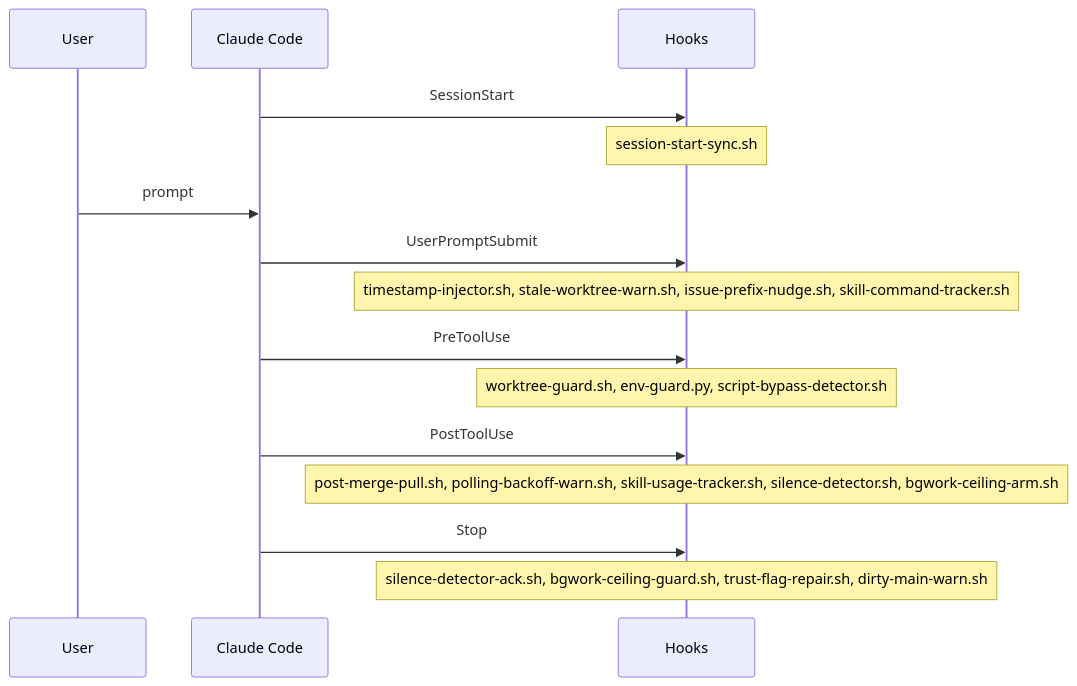
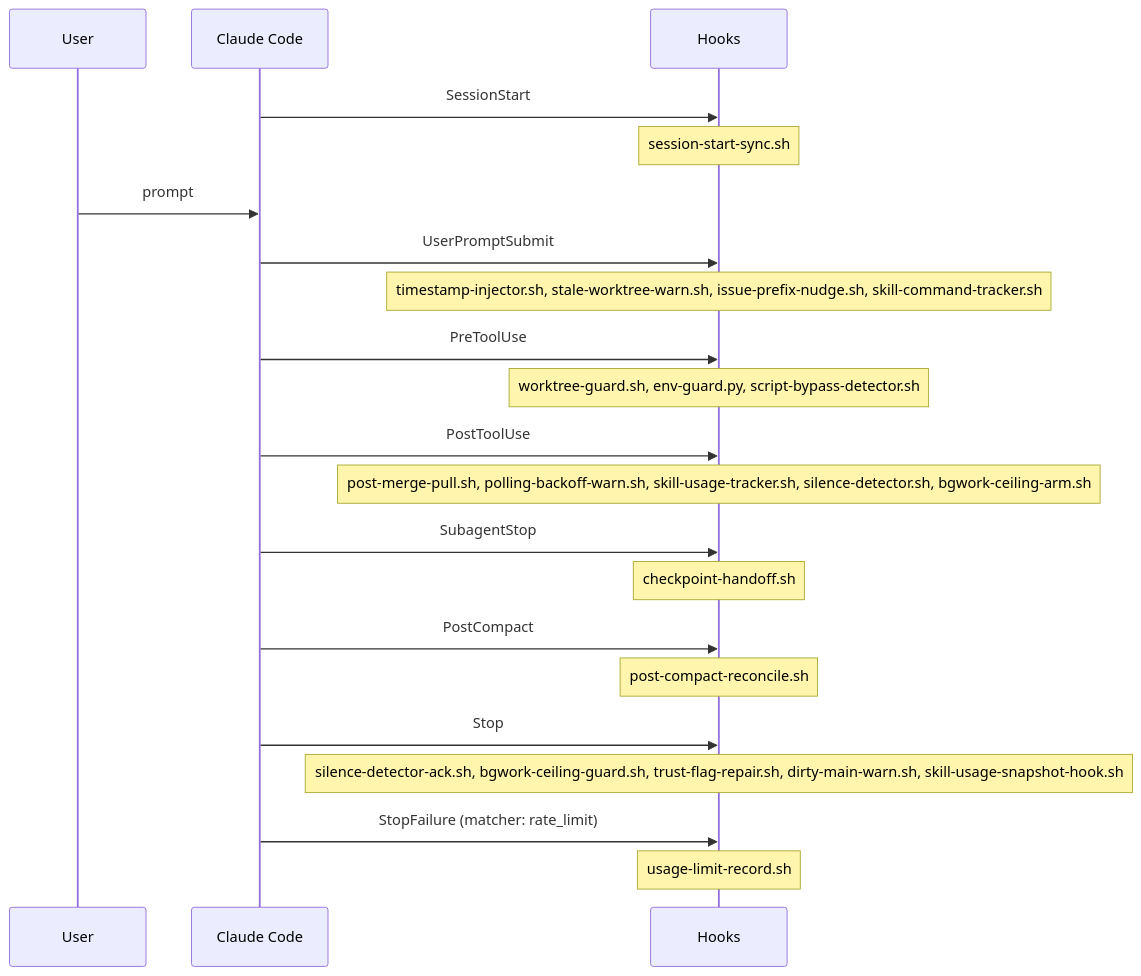
One commit to auerbachb/claude-code-config changed the diagram in .claude/reference/diagrams/hook-lifecycle.md. Above: the diagram before and after it, drawn with Mermaid. The commit also changed other lines of this file and 6 other files, not shown here.

````diff
--- a/.claude/reference/diagrams/hook-lifecycle.md
+++ b/.claude/reference/diagrams/hook-lifecycle.md
@@ -5,17 +3,23 @@
 ```mermaid
 sequenceDiagram
   participant U as User
   participant CC as Claude Code
   participant H as Hooks
   CC->>H: SessionStart
   Note over H: session-start-sync.sh
   U->>CC: prompt
   CC->>H: UserPromptSubmit
   Note over H: timestamp-injector.sh, stale-worktree-warn.sh, issue-prefix-nudge.sh, skill-command-tracker.sh
   CC->>H: PreToolUse
   Note over H: worktree-guard.sh, env-guard.py, script-bypass-detector.sh
   CC->>H: PostToolUse
   Note over H: post-merge-pull.sh, polling-backoff-warn.sh, skill-usage-tracker.sh, silence-detector.sh, bgwork-ceiling-arm.sh
+  CC->>H: SubagentStop
+  Note over H: checkpoint-handoff.sh
+  CC->>H: PostCompact
+  Note over H: post-compact-reconcile.sh
   CC->>H: Stop
-  Note over H: silence-detector-ack.sh, bgwork-ceiling-guard.sh, trust-flag-repair.sh, dirty-main-warn.sh
+  Note over H: silence-detector-ack.sh, bgwork-ceiling-guard.sh, trust-flag-repair.sh, dirty-main-warn.sh, skill-usage-snapshot-hook.sh
+  CC->>H: StopFailure (matcher: rate_limit)
+  Note over H: usage-limit-record.sh
 ```
````
